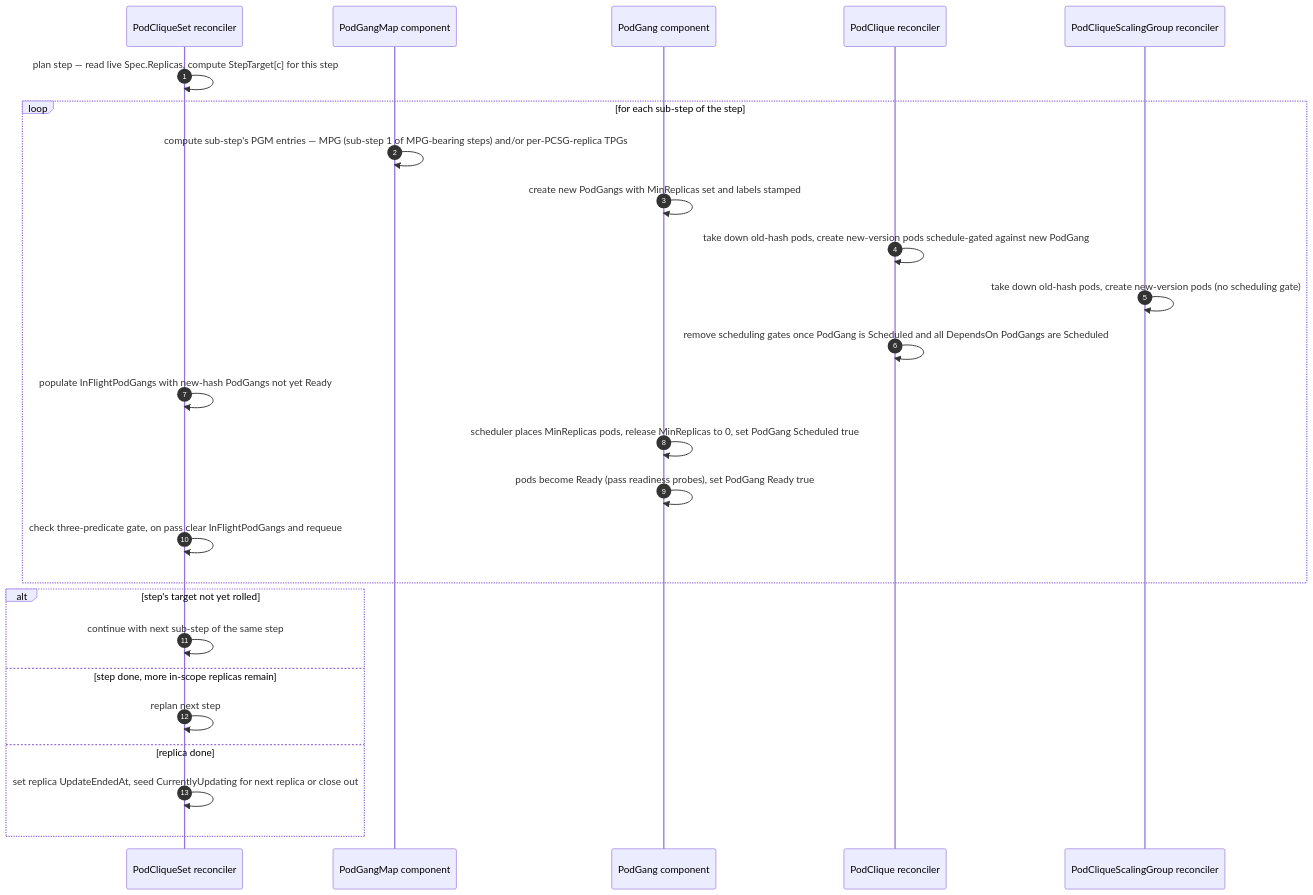
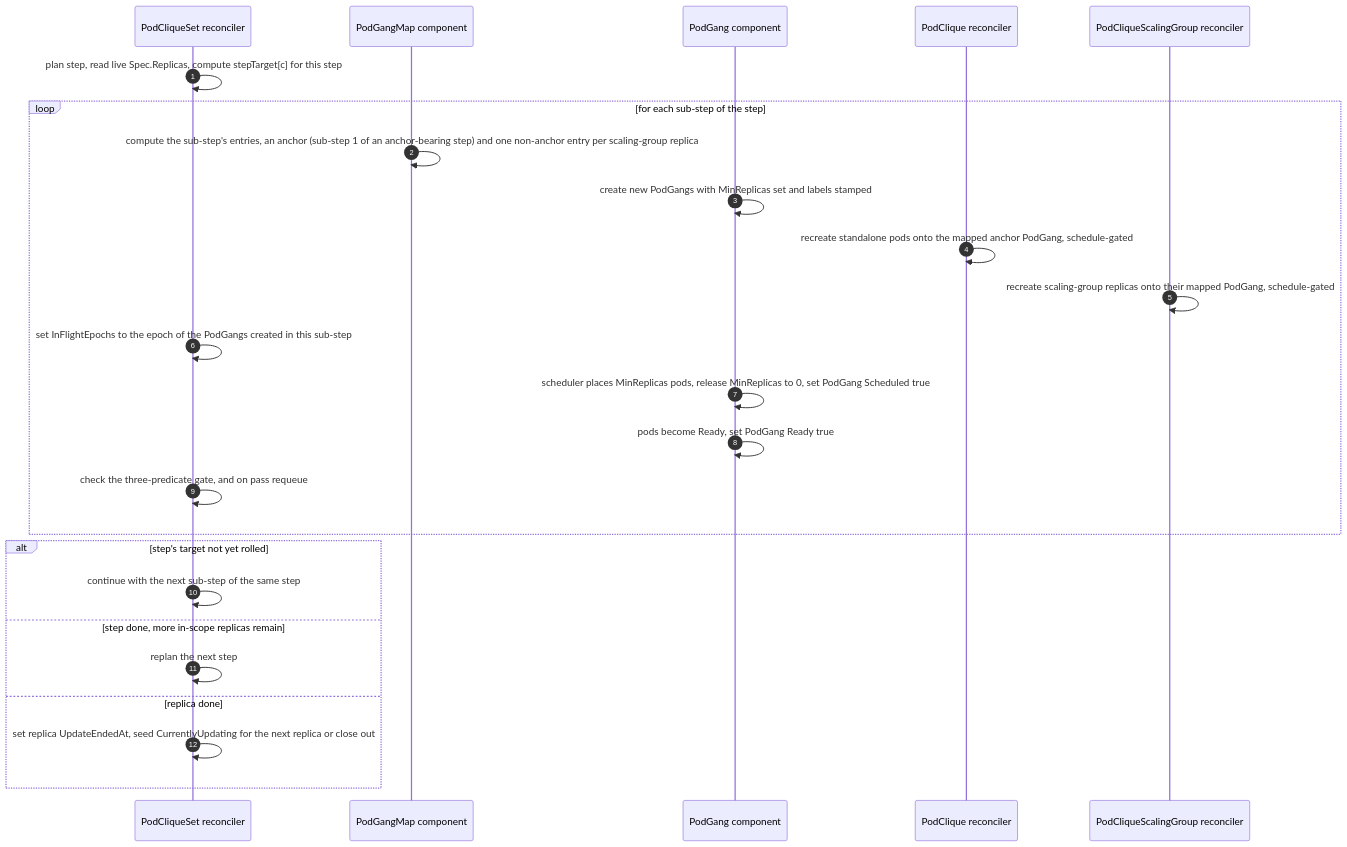
The second of 4 diagrams in docs/proposals/393-coherent-rolling-updates/README.md (unmarshall/grove), drawn with Mermaid before and after one commit. The commit also changed other lines of this file, not shown here.

````diff
--- a/docs/proposals/393-coherent-rolling-updates/README.md
+++ b/docs/proposals/393-coherent-rolling-updates/README.md
@@ -637,29 +750,28 @@
 ```mermaid
 sequenceDiagram
   autonumber
   participant PCS as PodCliqueSet reconciler
   participant PGM as PodGangMap component
   participant PG as PodGang component
   participant PCLQ as PodClique reconciler
   participant PCSG as PodCliqueScalingGroup reconciler
 
-  PCS->>PCS: plan step — read live Spec.Replicas, compute StepTarget[c] for this step
+  PCS->>PCS: plan step, read live Spec.Replicas, compute stepTarget[c] for this step
   loop for each sub-step of the step
-    PGM->>PGM: compute sub-step's PGM entries — MPG (sub-step 1 of MPG-bearing steps) and/or per-PCSG-replica TPGs
+    PGM->>PGM: compute the sub-step's entries, an anchor (sub-step 1 of an anchor-bearing step) and one non-anchor entry per scaling-group replica
     PG->>PG: create new PodGangs with MinReplicas set and labels stamped
-    PCLQ->>PCLQ: take down old-hash pods, create new-version pods schedule-gated against new PodGang
-    PCSG->>PCSG: take down old-hash pods, create new-version pods (no scheduling gate)
-    PCLQ->>PCLQ: remove scheduling gates once PodGang is Scheduled and all DependsOn PodGangs are Scheduled
-    PCS->>PCS: populate InFlightPodGangs with new-hash PodGangs not yet Ready
+    PCLQ->>PCLQ: recreate standalone pods onto the mapped anchor PodGang, schedule-gated
+    PCSG->>PCSG: recreate scaling-group replicas onto their mapped PodGang, schedule-gated
+    PCS->>PCS: set InFlightEpochs to the epoch of the PodGangs created in this sub-step
     PG->>PG: scheduler places MinReplicas pods, release MinReplicas to 0, set PodGang Scheduled true
-    PG->>PG: pods become Ready (pass readiness probes), set PodGang Ready true
-    PCS->>PCS: check three-predicate gate, on pass clear InFlightPodGangs and requeue
+    PG->>PG: pods become Ready, set PodGang Ready true
+    PCS->>PCS: check the three-predicate gate, and on pass requeue
   end
   alt step's target not yet rolled
-    PCS->>PCS: continue with next sub-step of the same step
+    PCS->>PCS: continue with the next sub-step of the same step
   else step done, more in-scope replicas remain
-    PCS->>PCS: replan next step
+    PCS->>PCS: replan the next step
   else replica done
-    PCS->>PCS: set replica UpdateEndedAt, seed CurrentlyUpdating for next replica or close out
+    PCS->>PCS: set replica UpdateEndedAt, seed CurrentlyUpdating for the next replica or close out
   end
 ```
````
